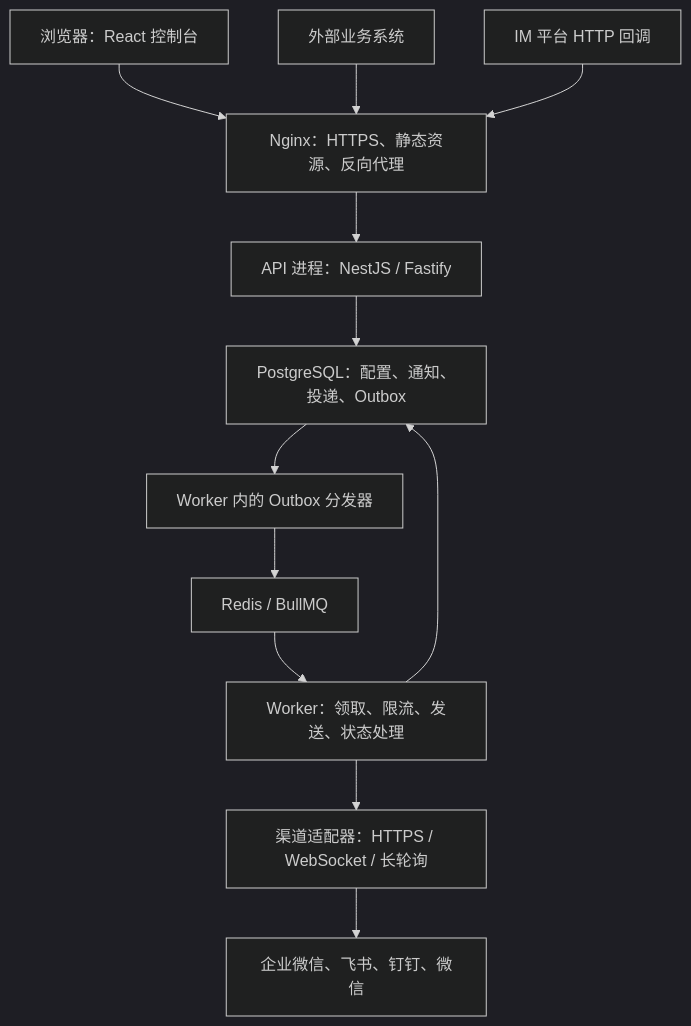
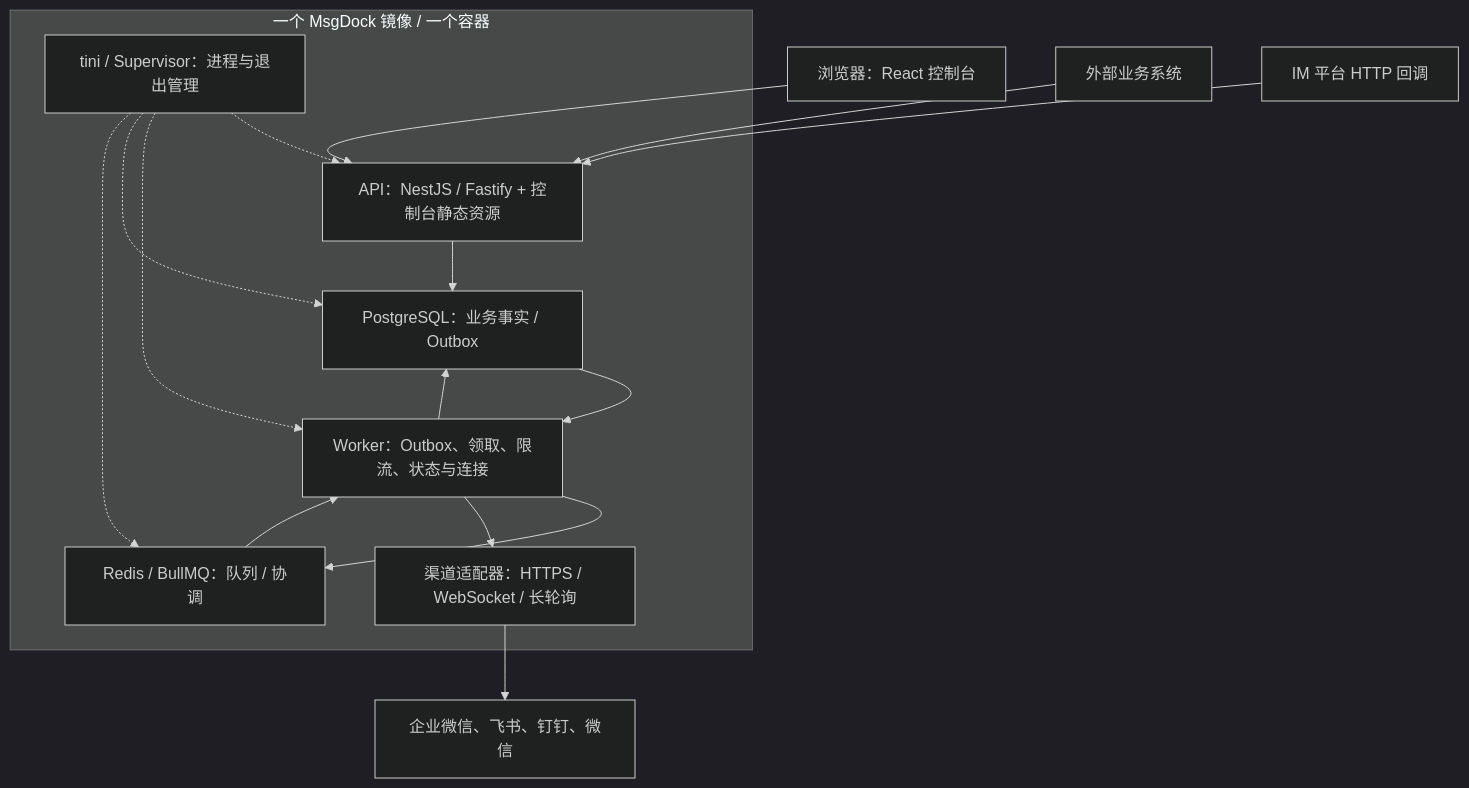
One commit to mynameyi/msgdock changed the first of 2 diagrams in docs/system-design.md. Above: the diagram before and after it, drawn with Mermaid (dark theme). The commit also changed other lines of this file and 3 other files, not shown here.

````diff
--- a/docs/system-design.md
+++ b/docs/system-design.md
@@ -87,14 +90,25 @@
 ```mermaid
 flowchart TD
-    Browser["浏览器：React 控制台"] --> Gateway["Nginx：HTTPS、静态资源、反向代理"]
-    Business["外部业务系统"] --> Gateway
-    Callback["IM 平台 HTTP 回调"] --> Gateway
-    Gateway --> API["API 进程：NestJS / Fastify"]
-    API --> DB["PostgreSQL：配置、通知、投递、Outbox"]
-    DB --> Relay["Worker 内的 Outbox 分发器"]
-    Relay --> Queue["Redis / BullMQ"]
-    Queue --> Worker["Worker：领取、限流、发送、状态处理"]
-    Worker --> Adapter["渠道适配器：HTTPS / WebSocket / 长轮询"]
+    Browser["浏览器：React 控制台"] --> API
+    Business["外部业务系统"] --> API
+    Callback["IM 平台 HTTP 回调"] --> API
+    subgraph Container["一个 MsgDock 镜像 / 一个容器"]
+        Init["tini / Supervisor：进程与退出管理"]
+        API["API：NestJS / Fastify + 控制台静态资源"]
+        DB["PostgreSQL：业务事实 / Outbox"]
+        Queue["Redis / BullMQ：队列 / 协调"]
+        Worker["Worker：Outbox、领取、限流、状态与连接"]
+        Adapter["渠道适配器：HTTPS / WebSocket / 长轮询"]
+        Init -.-> API
+        Init -.-> Worker
+        Init -.-> DB
+        Init -.-> Queue
+        API --> DB
+        DB --> Worker
+        Worker --> Queue
+        Queue --> Worker
+        Worker --> DB
+        Worker --> Adapter
+    end
     Adapter --> IM["企业微信、飞书、钉钉、微信"]
-    Worker --> DB
 ```
````
